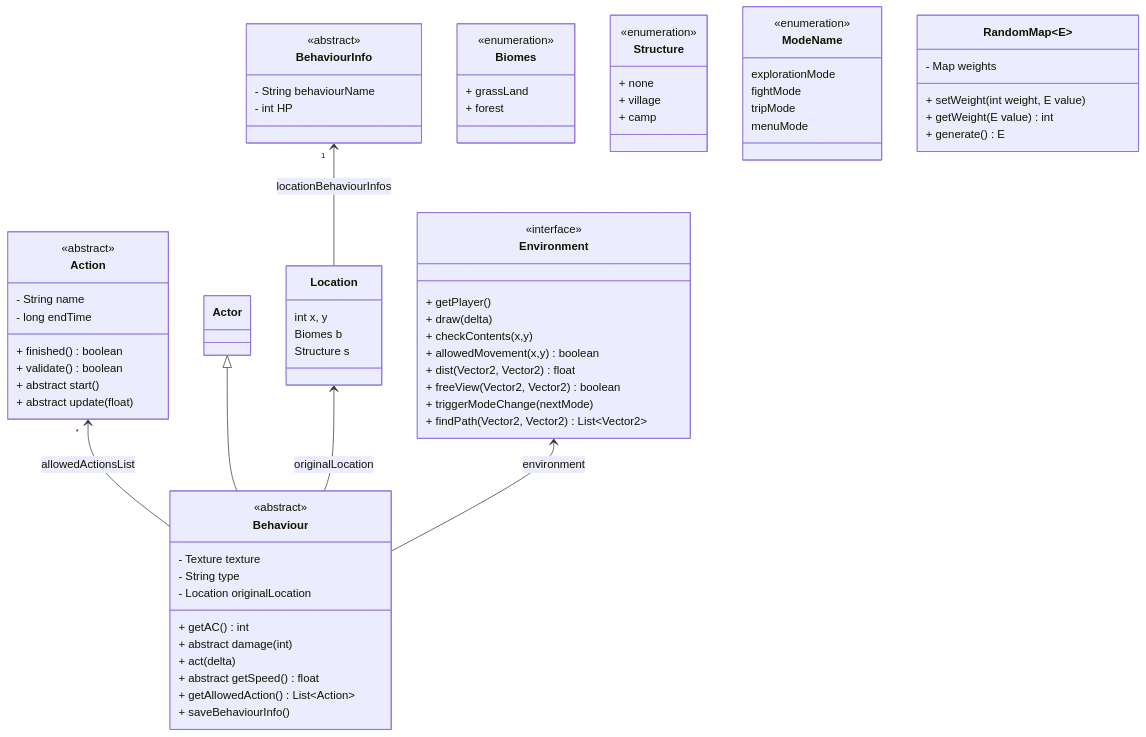
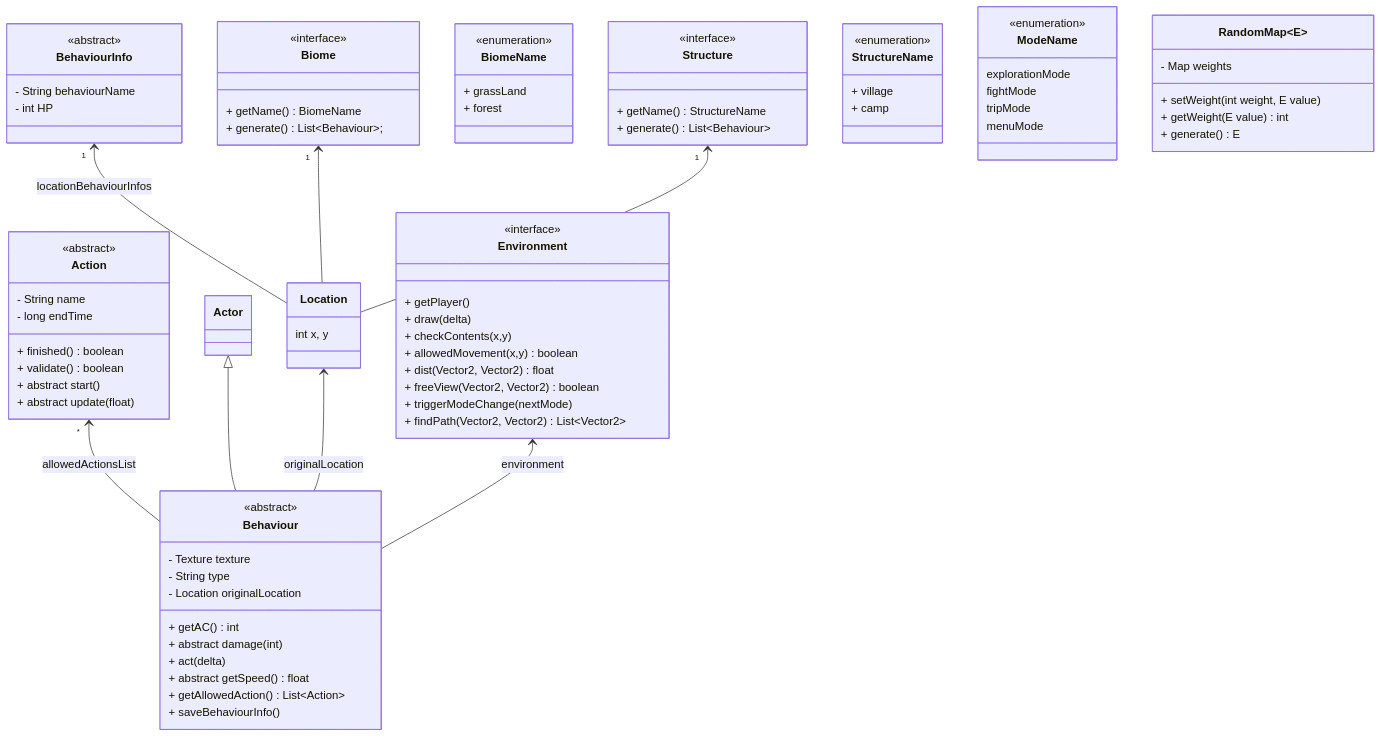
One commit to StrangeClone/GreatGame changed the fourth of 37 diagrams in documentation/Version_0_1.md. Above: the diagram before and after it, drawn with Mermaid. The commit also changed other lines of this file and 16 other files, not shown here.

```diff
--- a/documentation/Version_0_1.md
+++ b/documentation/Version_0_1.md
@@ -193,18 +193,27 @@
 classDiagram
     class Location {
         int x, y
-        Biomes b
-        Structure s
     }
     BehaviourInfo "1" <-- Location : locationBehaviourInfos
-    class Biomes {
+    class Biome {
+        <<interface>>
+        + getName() BiomeName
+        + generate() List~Behaviour~;
+    }
+    Biome "1" <-- Location
+    class BiomeName {
         <<enumeration>>
         + grassLand
         + forest
     }
     class Structure {
+        <<interface>>
+        + getName() StructureName
+        + generate() List~Behaviour~
+    }
+    Structure "1" <-- Location
+    class StructureName {
         <<enumeration>>
-        + none
         + village
         + camp
     }
```
